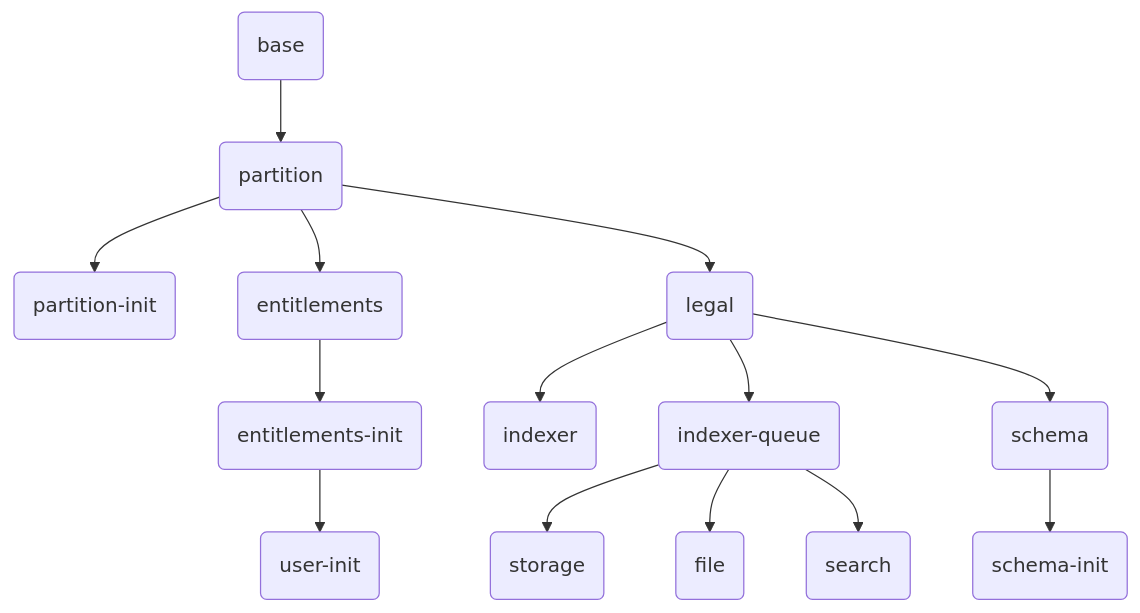
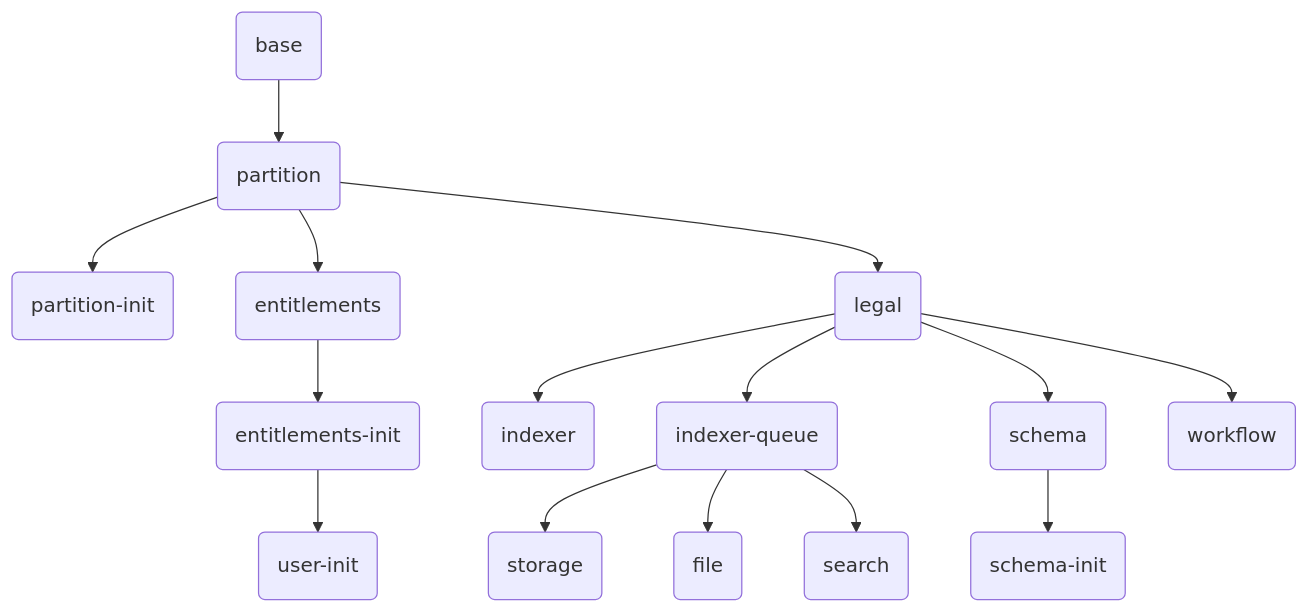
The fourth of 5 diagrams in docs/src/software.md (Azure/osdu-developer), drawn with Mermaid before and after one commit. The commit also changed other lines of this file and 7 other files, not shown here.

````diff
--- a/docs/src/software.md
+++ b/docs/src/software.md
@@ -162,31 +168,33 @@
 ```mermaid
 flowchart TD
   base("base")
   partition("partition")
   partition_init("partition-init")
   entitlements("entitlements")
   entitlements_init("entitlements-init")
   legal("legal")
   indexer("indexer")
   indexer_queue("indexer-queue")
   user_init("user-init")
   schema("schema")
   schema_init("schema-init")
   storage("storage")
   file("file")
   search("search")
+  workflow("workflow")
 
   base-->partition
   partition-->entitlements
   partition-->partition_init
   entitlements-->entitlements_init
   entitlements_init-->user_init
   partition-->legal
   legal-->indexer
   legal-->indexer_queue
   legal-->schema
+  legal-->workflow
   schema-->schema_init
   indexer_queue-->storage
   indexer_queue-->file
   indexer_queue-->search
 ```
````
